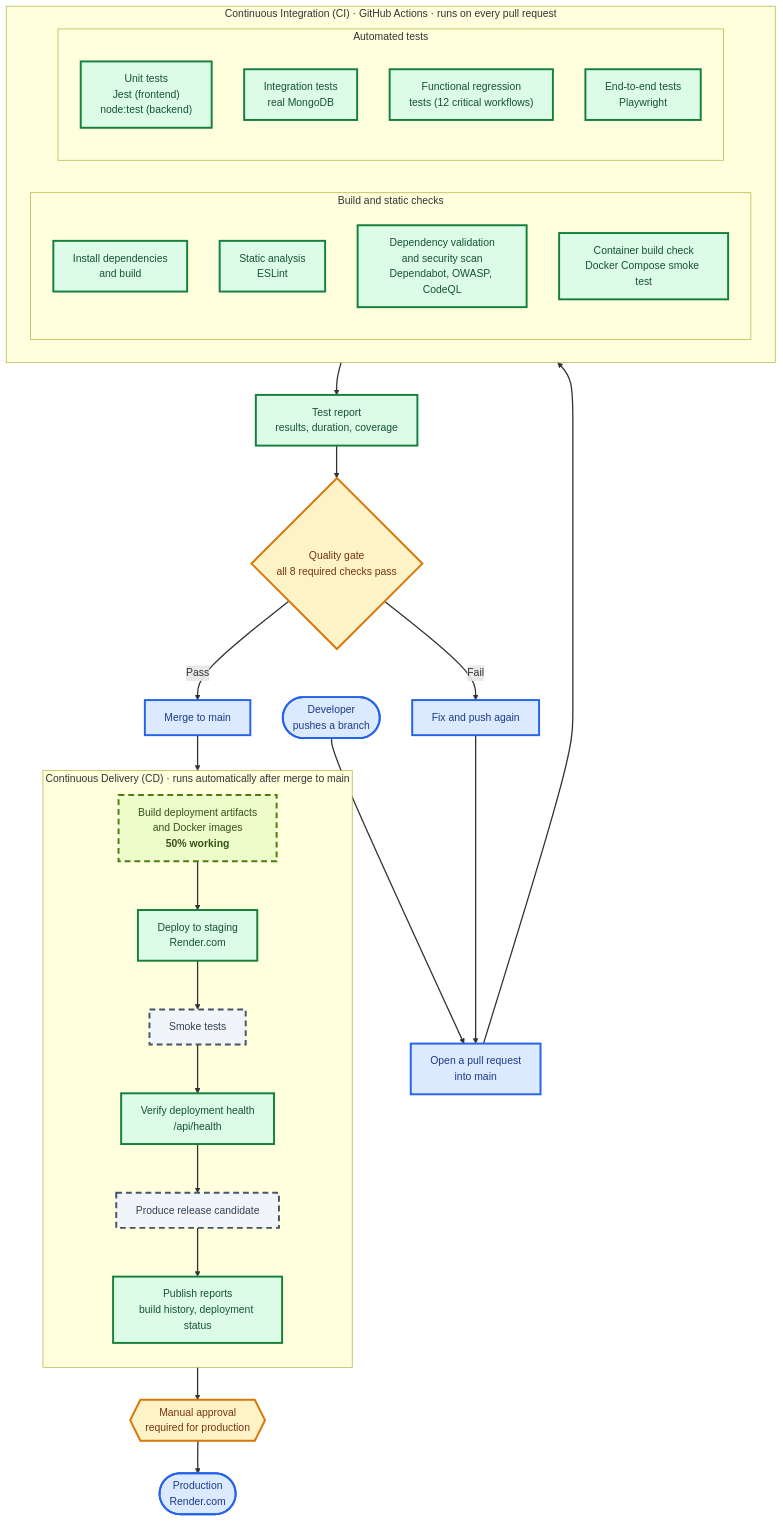
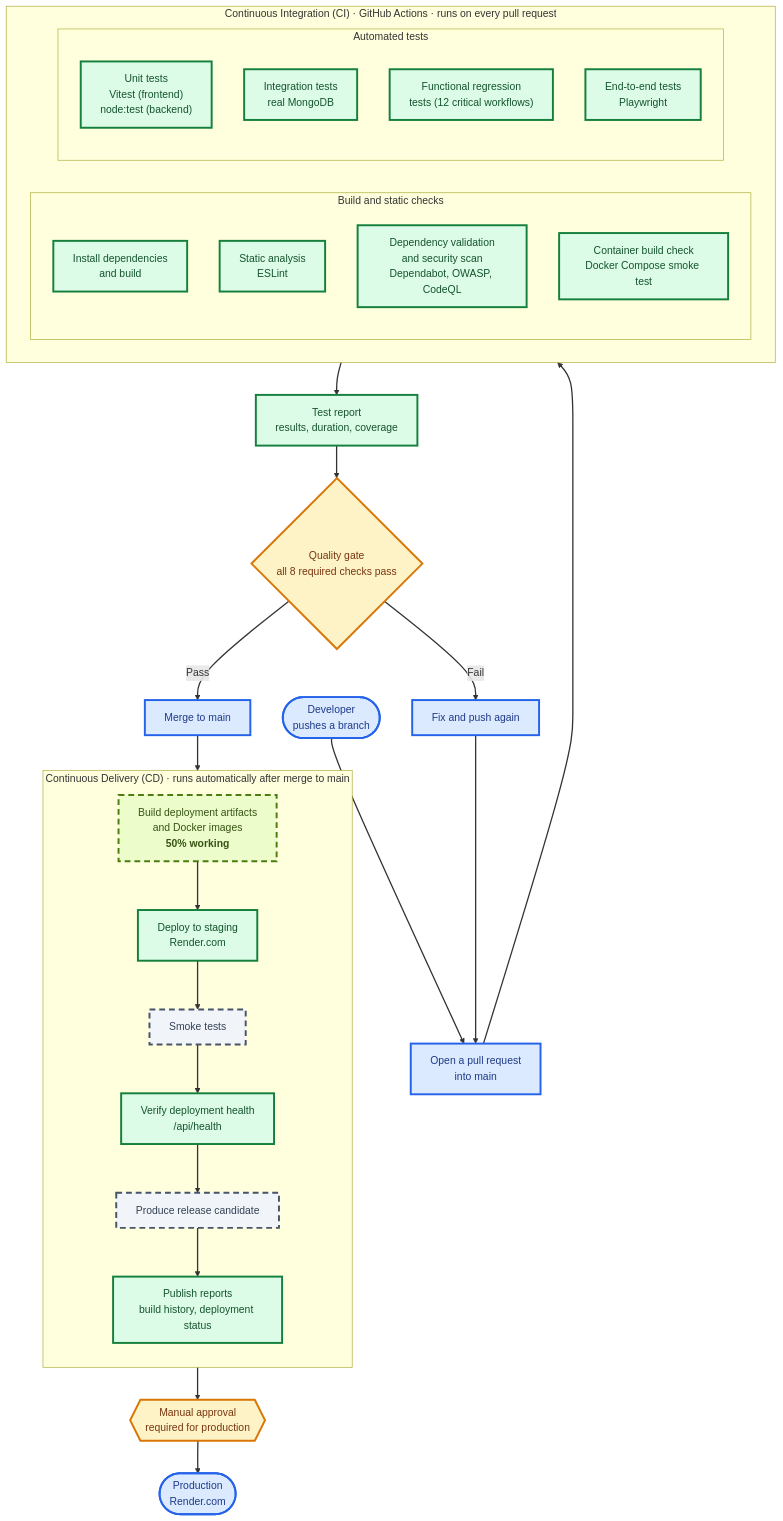
Before and after one commit to IT7993-FALL-2026-PEERS/ProjectPeerEvaluation: the first of 4 diagrams in README.md, drawn with Mermaid. The commit also changed other lines of this file and 15 other files, not shown here.

````diff
--- a/README.md
+++ b/README.md
@@ -66,57 +66,57 @@
 ```mermaid
 flowchart TB
     DEV(["Developer<br/>pushes a branch"]) --> PR["Open a pull request<br/>into main"]
 
     subgraph CI["Continuous Integration (CI) · GitHub Actions · runs on every pull request"]
         direction LR
         subgraph STATIC["Build and static checks"]
             direction TB
             BUILD_APP["Install dependencies<br/>and build"]
             LINT["Static analysis<br/>ESLint"]
             SEC["Dependency validation<br/>and security scan<br/>Dependabot, OWASP, CodeQL"]
             DOCKER["Container build check<br/>Docker Compose smoke test"]
         end
         subgraph TESTS["Automated tests"]
             direction TB
-            UNIT["Unit tests<br/>Jest (frontend)<br/>node:test (backend)"]
+            UNIT["Unit tests<br/>Vitest (frontend)<br/>node:test (backend)"]
             INTEG["Integration tests<br/>real MongoDB"]
             REG["Functional regression<br/>tests (12 critical workflows)"]
             E2E["End-to-end tests<br/>Playwright"]
         end
     end
 
     PR --> CI
     CI --> REPORT["Test report<br/>results, duration, coverage"]
     REPORT --> GATE{"Quality gate<br/>all 8 required checks pass"}
     GATE -- "Fail" --> FIX["Fix and push again"]
     FIX --> PR
     GATE -- "Pass" --> MERGE["Merge to main"]
 
     subgraph CD["Continuous Delivery (CD) · runs automatically after merge to main"]
         direction TB
         ARTIFACTS["Build deployment artifacts<br/>and Docker images<br/><b>50% working</b>"]
         STG["Deploy to staging<br/>Render.com"]
         SMOKE["Smoke tests"]
         HEALTH["Verify deployment health<br/>/api/health"]
         RC["Produce release candidate"]
         DREPORT["Publish reports<br/>build history, deployment status"]
         ARTIFACTS --> STG --> SMOKE --> HEALTH --> RC --> DREPORT
     end
 
     MERGE --> ARTIFACTS
     DREPORT --> APPROVE{{"Manual approval<br/>required for production"}}
     APPROVE --> PROD(["Production<br/>Render.com"])
 
     classDef done fill:#dcfce7,stroke:#15803d,color:#14532d,stroke-width:3px
     classDef partial fill:#ecfccb,stroke:#4d7c0f,color:#365314,stroke-width:3px,stroke-dasharray: 9 6
     classDef planned fill:#f1f5f9,stroke:#475569,color:#334155,stroke-width:3px,stroke-dasharray: 9 6
     classDef gate fill:#fef3c7,stroke:#d97706,color:#78350f,stroke-width:3px
     classDef endpoint fill:#dbeafe,stroke:#2563eb,color:#1e3a8a,stroke-width:3px
     linkStyle default stroke-width:2px
 
     class BUILD_APP,LINT,SEC,DOCKER,UNIT,INTEG,REG,E2E,REPORT,STG,HEALTH,DREPORT done
     class ARTIFACTS partial
     class SMOKE,RC planned
     class GATE,APPROVE gate
     class DEV,PROD,PR,MERGE,FIX endpoint
 ```
````
